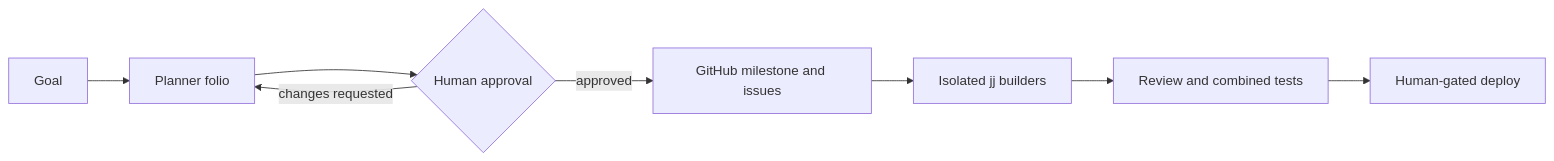
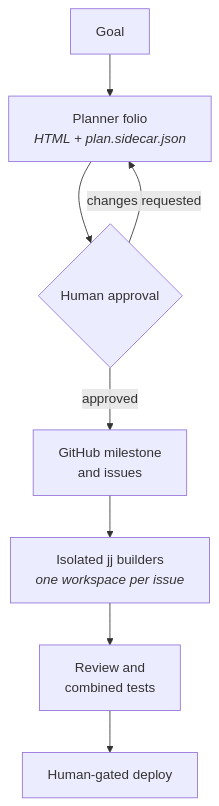
One commit to anvil008/nova changed the first of 2 diagrams in README.md. Above: the diagram before and after it, drawn with Mermaid. The commit also changed other lines of this file and 51 other files, not shown here.

First line of the commit message:
feat(plugins): cross-harness pure plugin architecture, agent skill scoping, and mainAgent support (#51)

````diff
--- a/README.md
+++ b/README.md
@@ -25,10 +62,18 @@
 ```mermaid
-flowchart LR
-    Goal[Goal] --> Plan[Planner folio]
-    Plan --> Gate{Human approval}
-    Gate -->|approved| Issues[GitHub milestone and issues]
-    Issues --> Builders[Isolated jj builders]
-    Builders --> Verify[Review and combined tests]
-    Verify --> Ship[Human-gated deploy]
+flowchart TB
+    Goal["Goal"]
+    Plan["Planner folio<br/><i>HTML + plan.sidecar.json</i>"]
+    Gate{"Human approval"}
+    Issues["GitHub milestone<br/>and issues"]
+    Builders["Isolated jj builders<br/><i>one workspace per issue</i>"]
+    Verify["Review and<br/>combined tests"]
+    Ship["Human-gated deploy"]
+
+    Goal --> Plan
+    Plan --> Gate
     Gate -->|changes requested| Plan
+    Gate -->|approved| Issues
+    Issues --> Builders
+    Builders --> Verify
+    Verify --> Ship
 ```
````
